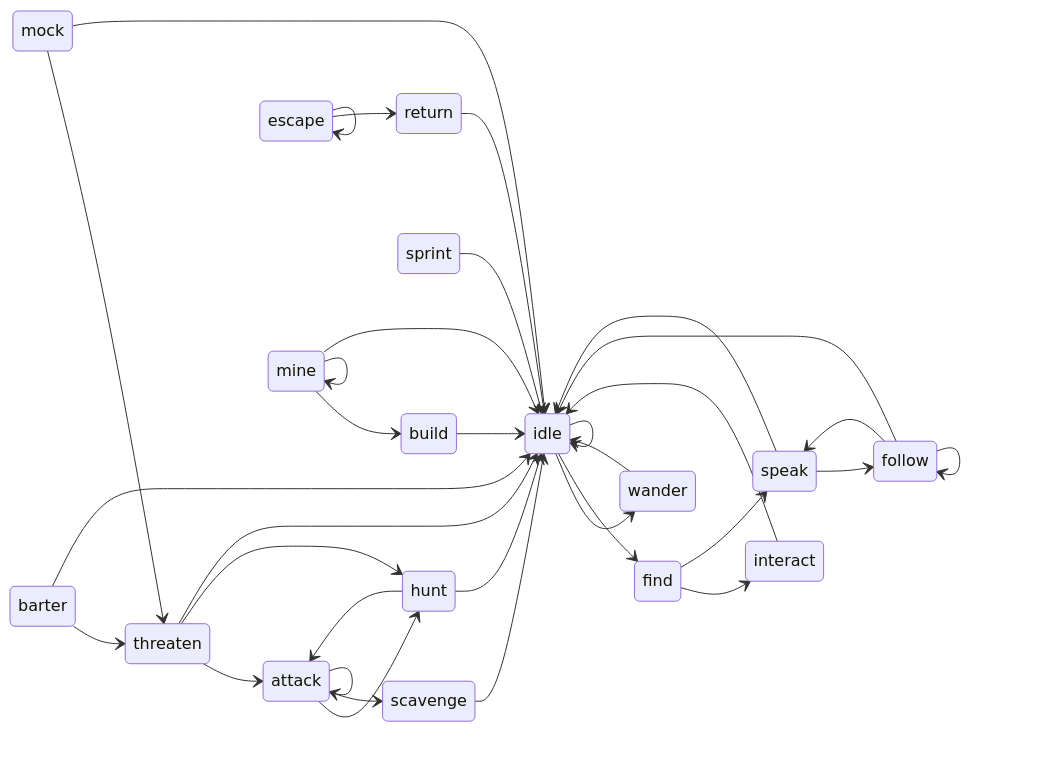
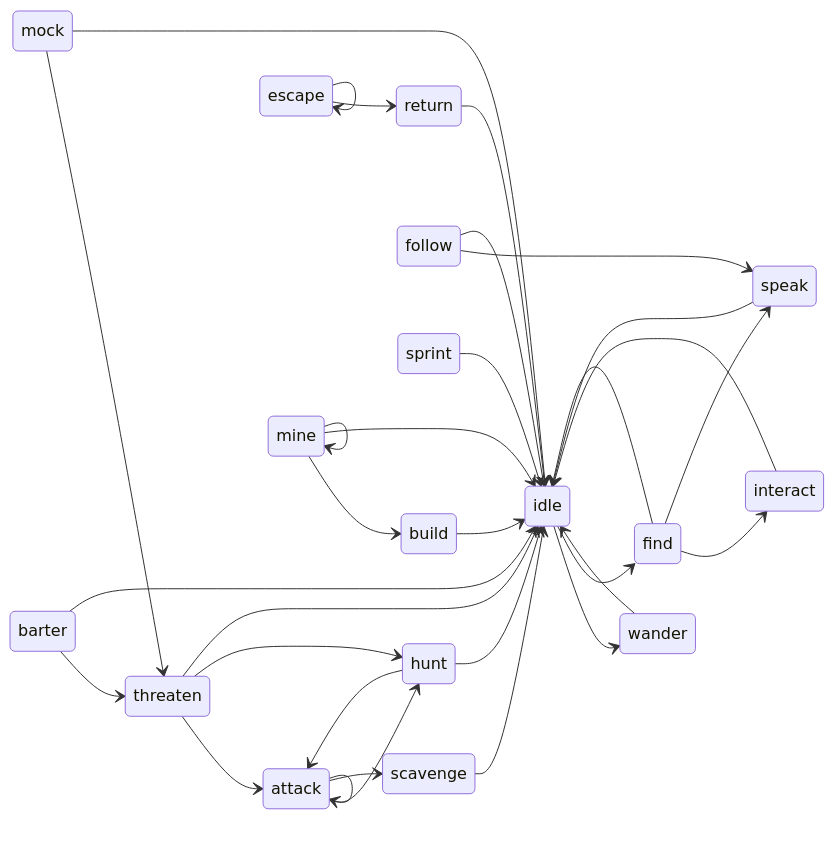
The diagram in docs/static/mmd/intention-transitions.mmd (chinchalinchin/ontology), drawn with Mermaid before and after one commit. The commit also changed 17 other files, not shown here.

```diff
--- a/docs/static/mmd/intention-transitions.mmd
+++ b/docs/static/mmd/intention-transitions.mmd
@@ -1,52 +1,50 @@
 stateDiagram-v2
     direction LR
 
     attack --> attack
     attack --> hunt
     attack --> scavenge
 
     barter --> threaten
     barter --> idle
 
     build --> idle
 
     escape --> escape
     escape --> return
 
     find --> interact
     find --> speak
+    find --> idle
 
-    follow --> follow
     follow --> speak
     follow --> idle
 
     hunt --> attack
     hunt --> idle
 
     idle --> wander
     idle --> find
-    idle --> idle
 
     interact --> idle
 
     mine --> build
     mine --> mine
     mine --> idle
 
     mock --> threaten
     mock --> idle
 
     return --> idle
 
     scavenge --> idle
 
-    speak --> follow
     speak --> idle
 
     sprint --> idle
 
     threaten --> attack
     threaten --> hunt
     threaten --> idle
 
     wander --> idle
```
